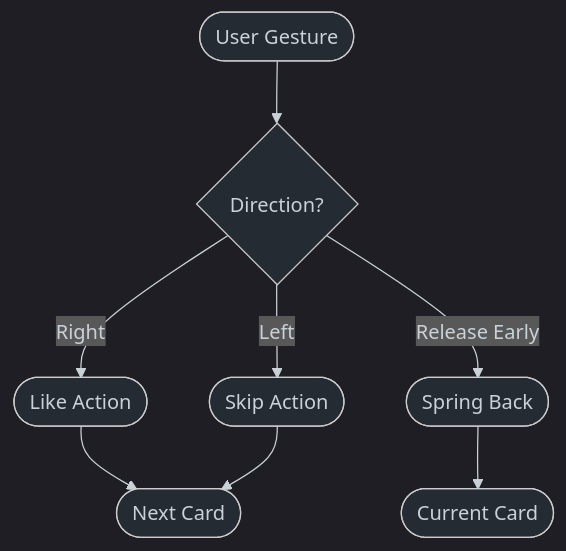
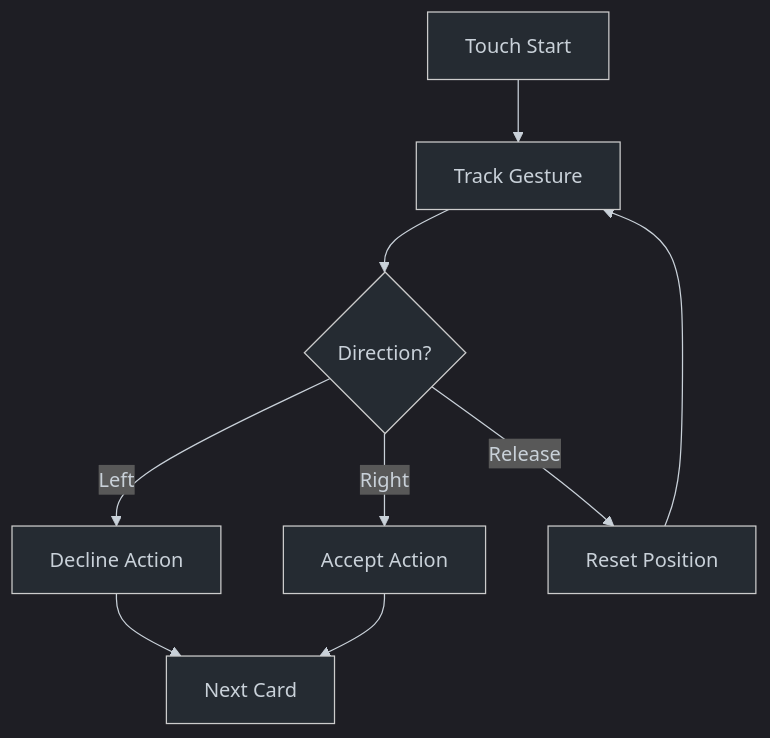
One commit to jackccrawford/pattern-bridge changed the diagram in docs/patterns/card-swipe.md. Above: the diagram before and after it, drawn with Mermaid. The commit also changed other lines of this file and 2 other files, not shown here.

````diff
--- a/docs/patterns/card-swipe.md
+++ b/docs/patterns/card-swipe.md
@@ -7,20 +7,21 @@
 ```mermaid
 %%{init: {
   'theme': 'dark',
   'themeVariables': {
     'darkMode': true,
     'background': '#252b32',
     'mainBkg': '#252b32',
     'textColor': '#c9d1d9',
     'lineColor': '#c9d1d9'
   }
 }}%%
 graph TD
-    A([User Gesture]) --> B{Direction?}
-    B -->|Right| C([Like Action])
-    B -->|Left| D([Skip Action])
-    B -->|Release Early| E([Spring Back])
-    C --> F([Next Card])
-    D --> F
-    E --> G([Current Card])
+    A[Touch Start] --> B[Track Gesture]
+    B --> C{Direction?}
+    C -->|Left| D[Decline Action]
+    C -->|Right| E[Accept Action]
+    C -->|Release| F[Reset Position]
+    D --> G[Next Card]
+    E --> G
+    F --> B
 ```
````
